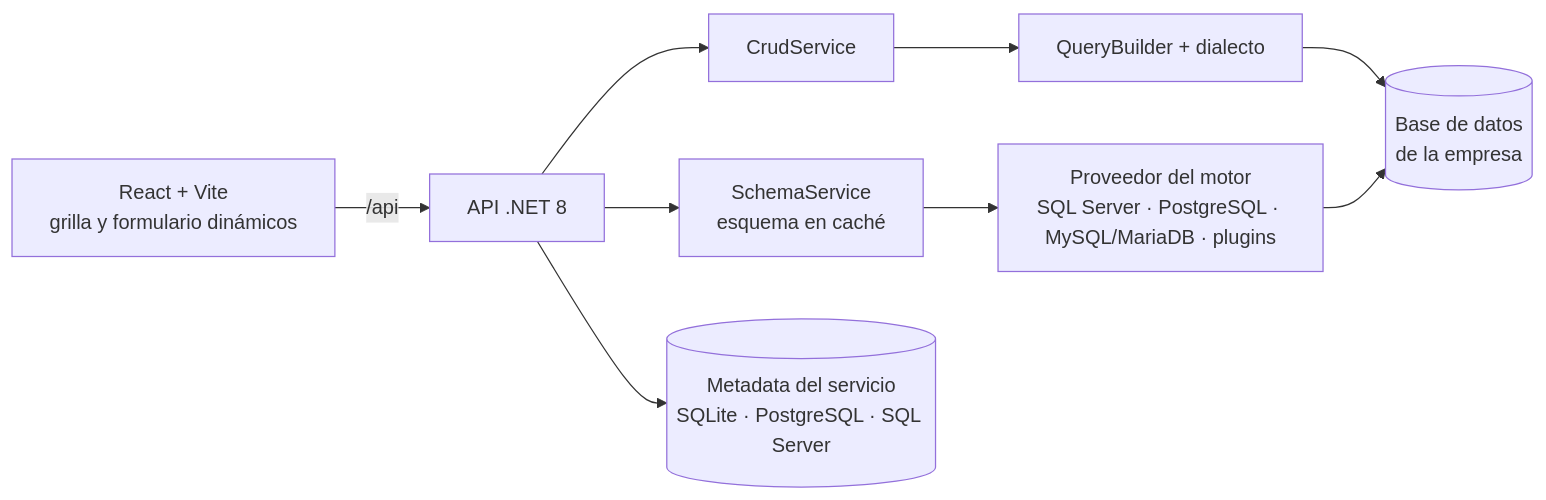
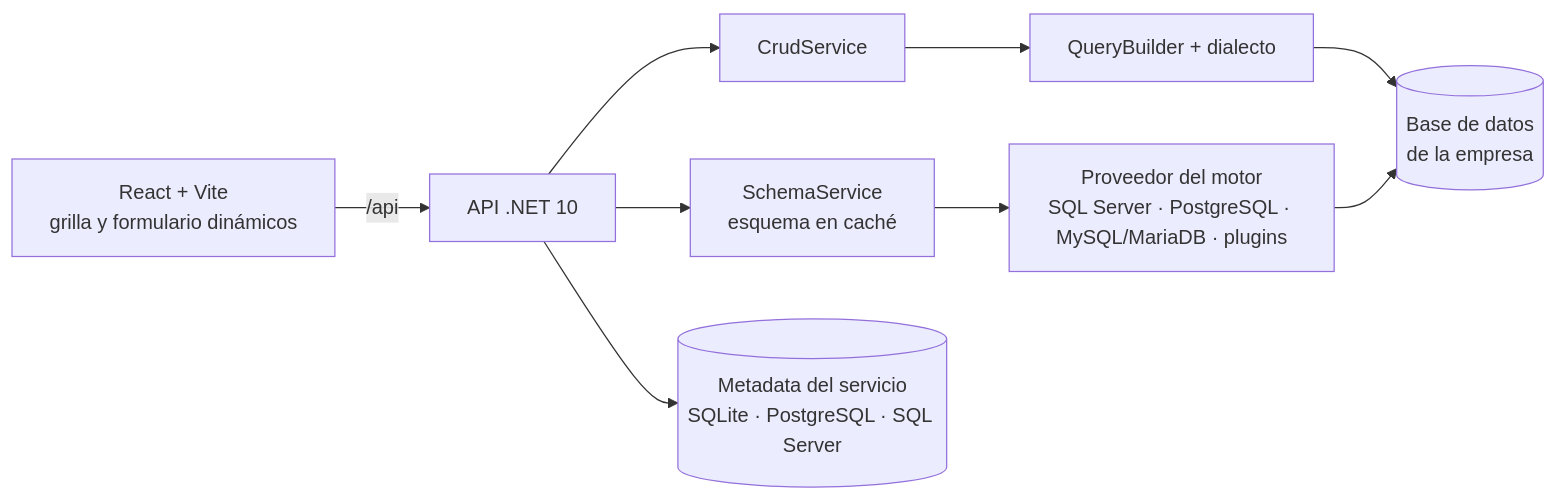
Before and after one commit to Ashuraxaxa/CodeAndForget: the diagram in README.md, drawn with Mermaid. The commit also changed other lines of this file and 25 other files, not shown here.

````diff
--- a/README.md
+++ b/README.md
@@ -99,11 +99,11 @@
 ```mermaid
 flowchart LR
-    UI["React + Vite<br/>grilla y formulario dinámicos"] -->|/api| API["API .NET 8"]
+    UI["React + Vite<br/>grilla y formulario dinámicos"] -->|/api| API["API .NET 10"]
     API --> Schema["SchemaService<br/>esquema en caché"]
     API --> Crud["CrudService"]
     Crud --> QB["QueryBuilder + dialecto"]
     Schema --> Prov["Proveedor del motor<br/>SQL Server · PostgreSQL · MySQL/MariaDB · plugins"]
     QB --> DB[("Base de datos<br/>de la empresa")]
     Prov --> DB
     API --> Meta[("Metadata del servicio<br/>SQLite · PostgreSQL · SQL Server")]
 ```
````
